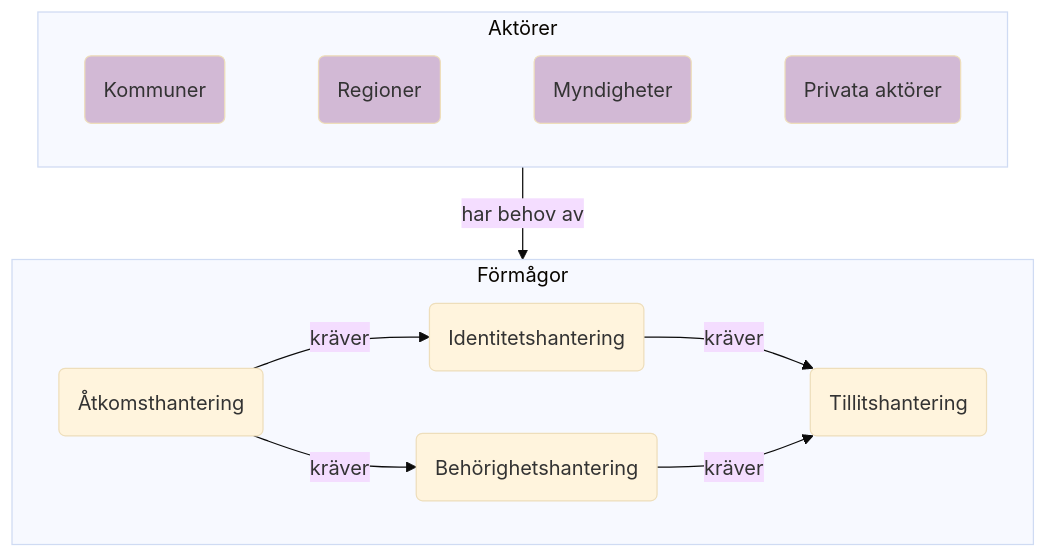
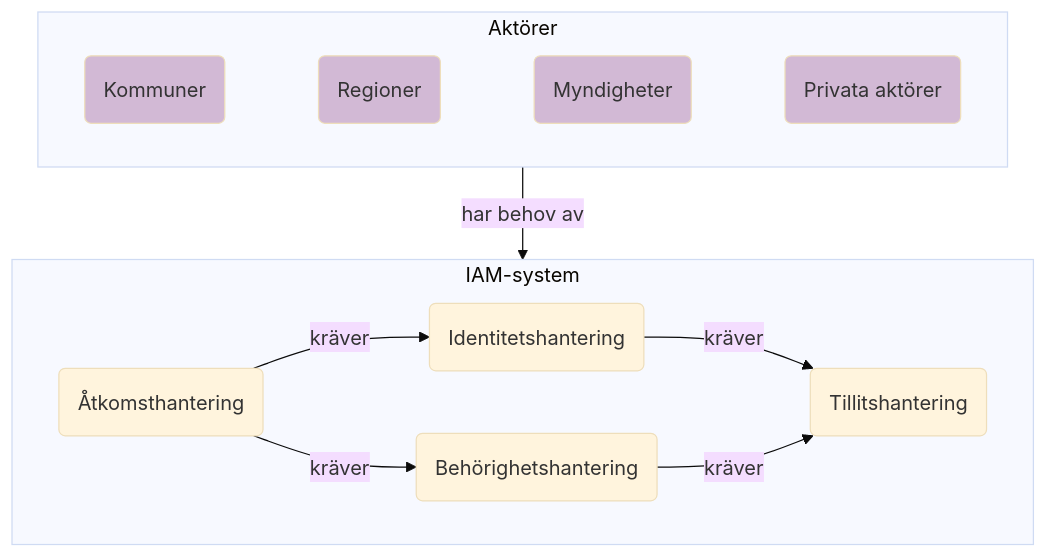
The first of 14 diagrams in architecture/drafts/IAM_TargetArchitecture_Sweden.md (diggsweden/ena-authorization), drawn with Mermaid (base theme) before and after one commit. The commit also changed other lines of this file, not shown here.

````diff
--- a/architecture/drafts/IAM_TargetArchitecture_Sweden.md
+++ b/architecture/drafts/IAM_TargetArchitecture_Sweden.md
@@ -6,22 +25,22 @@
 ```mermaid
 graph TD
 classDef org fill:#D2B9D5
 
 subgraph actors[Aktörer]
 direction LR     
  k(Kommuner):::org~~~
  r(Regioner):::org~~~
  m(Myndigheter):::org~~~
  p(Privata aktörer):::org
 end
 
-subgraph abilities[Förmågor]
+subgraph iam[IAM-system]
  Å(Åtkomsthantering)
  I(Identitetshantering)
  B(Behörighetshantering)
  T(Tillitshantering)
 end
 
-actors--har behov av-->abilities
+actors--har behov av-->iam
 Å--kräver-->I & B--kräver-->T
 ```
````
